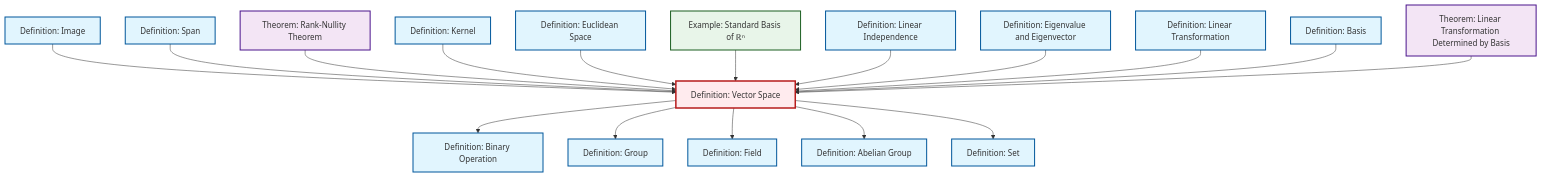
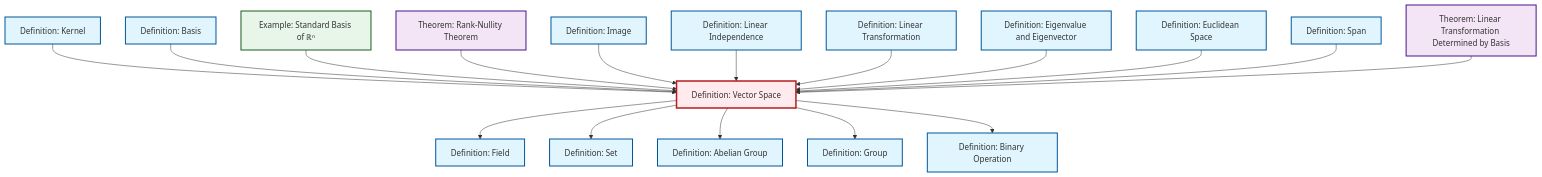
The diagram in content/en/algebra/def-vector-space.qmd (RK0429/ModernMath), drawn with Mermaid before and after one commit. The commit also changed other lines of this file and 360 other files, not shown here.

````diff
--- a/content/en/algebra/def-vector-space.qmd
+++ b/content/en/algebra/def-vector-space.qmd
@@ -51,59 +51,59 @@
 ```{mermaid}
 %%| fig-cap: "Local dependency graph"
 graph TD
     classDef definition fill:#e1f5fe,stroke:#01579b,stroke-width:2px
     classDef theorem fill:#f3e5f5,stroke:#4a148c,stroke-width:2px
     classDef axiom fill:#fff3e0,stroke:#e65100,stroke-width:2px
     classDef example fill:#e8f5e9,stroke:#1b5e20,stroke-width:2px
     classDef current fill:#ffebee,stroke:#b71c1c,stroke-width:3px
-    def-binary-operation["Definition: Binary Operation"]:::definition
+    def-basis["Definition: Basis"]:::definition
+    def-span["Definition: Span"]:::definition
     def-abelian-group["Definition: Abelian Group"]:::definition
-    def-eigenvalue-eigenvector["Definition: Eigenvalue and Eigenvector"]:::definition
+    thm-linear-transformation-basis["Theorem: Linear Transformation Determined by Basis"]:::theorem
+    thm-rank-nullity["Theorem: Rank-Nullity Theorem"]:::theorem
     def-kernel["Definition: Kernel"]:::definition
     def-field["Definition: Field"]:::definition
+    def-image["Definition: Image"]:::definition
+    def-set["Definition: Set"]:::definition
+    def-vector-space["Definition: Vector Space"]:::definition
+    def-eigenvalue-eigenvector["Definition: Eigenvalue and Eigenvector"]:::definition
+    ex-standard-basis-rn["Example: Standard Basis of ℝⁿ"]:::example
     def-group["Definition: Group"]:::definition
+    def-euclidean-space["Definition: Euclidean Space"]:::definition
     def-linear-independence["Definition: Linear Independence"]:::definition
-    def-basis["Definition: Basis"]:::definition
+    def-binary-operation["Definition: Binary Operation"]:::definition
     def-linear-transformation["Definition: Linear Transformation"]:::definition
-    def-vector-space["Definition: Vector Space"]:::definition
-    ex-standard-basis-rn["Example: Standard Basis of ℝⁿ"]:::example
-    thm-rank-nullity["Theorem: Rank-Nullity Theorem"]:::theorem
-    def-set["Definition: Set"]:::definition
-    thm-linear-transformation-basis["Theorem: Linear Transformation Determined by Basis"]:::theorem
-    def-euclidean-space["Definition: Euclidean Space"]:::definition
-    def-image["Definition: Image"]:::definition
-    def-span["Definition: Span"]:::definition
+    def-vector-space --> def-field
+    def-vector-space --> def-set
+    def-kernel --> def-vector-space
+    def-basis --> def-vector-space
+    ex-standard-basis-rn --> def-vector-space
+    def-vector-space --> def-abelian-group
+    thm-rank-nullity --> def-vector-space
     def-image --> def-vector-space
-    def-vector-space --> def-binary-operation
+    def-linear-independence --> def-vector-space
+    def-linear-transformation --> def-vector-space
+    def-eigenvalue-eigenvector --> def-vector-space
+    def-euclidean-space --> def-vector-space
     def-span --> def-vector-space
     def-vector-space --> def-group
-    thm-rank-nullity --> def-vector-space
-    def-kernel --> def-vector-space
-    def-euclidean-space --> def-vector-space
-    def-vector-space --> def-field
-    ex-standard-basis-rn --> def-vector-space
-    def-linear-independence --> def-vector-space
-    def-vector-space --> def-abelian-group
-    def-eigenvalue-eigenvector --> def-vector-space
-    def-linear-transformation --> def-vector-space
-    def-basis --> def-vector-space
     thm-linear-transformation-basis --> def-vector-space
-    def-vector-space --> def-set
+    def-vector-space --> def-binary-operation
     class def-vector-space current
-    click def-binary-operation "def-binary-operation.html" "Go to Binary Operation definition"
+    click def-basis "def-basis.html" "Go to Basis definition"
+    click def-span "def-span.html" "Go to Span definition"
     click def-abelian-group "def-abelian-group.html" "Go to Abelian Group definition"
-    click def-eigenvalue-eigenvector "def-eigenvalue-eigenvector.html" "Go to Eigenvalue and Eigenvector definition"
+    click thm-linear-transformation-basis "thm-linear-transformation-basis.html" "Go to Linear Transformation Determined by Basis theorem"
+    click thm-rank-nullity "thm-rank-nullity.html" "Go to Rank-Nullity Theorem theorem"
     click def-kernel "def-kernel.html" "Go to Kernel definition"
     click def-field "def-field.html" "Go to Field definition"
+    click def-image "def-image.html" "Go to Image definition"
+    click def-set "def-set.html" "Go to Set definition"
+    click def-eigenvalue-eigenvector "def-eigenvalue-eigenvector.html" "Go to Eigenvalue and Eigenvector definition"
+    click ex-standard-basis-rn "ex-standard-basis-rn.html" "Go to Standard Basis of ℝⁿ example"
     click def-group "def-group.html" "Go to Group definition"
+    click def-euclidean-space "def-euclidean-space.html" "Go to Euclidean Space definition"
     click def-linear-independence "def-linear-independence.html" "Go to Linear Independence definition"
-    click def-basis "def-basis.html" "Go to Basis definition"
+    click def-binary-operation "def-binary-operation.html" "Go to Binary Operation definition"
     click def-linear-transformation "def-linear-transformation.html" "Go to Linear Transformation definition"
-    click ex-standard-basis-rn "ex-standard-basis-rn.html" "Go to Standard Basis of ℝⁿ example"
-    click thm-rank-nullity "thm-rank-nullity.html" "Go to Rank-Nullity Theorem theorem"
-    click def-set "def-set.html" "Go to Set definition"
-    click thm-linear-transformation-basis "thm-linear-transformation-basis.html" "Go to Linear Transformation Determined by Basis theorem"
-    click def-euclidean-space "def-euclidean-space.html" "Go to Euclidean Space definition"
-    click def-image "def-image.html" "Go to Image definition"
-    click def-span "def-span.html" "Go to Span definition"
 ```
````
